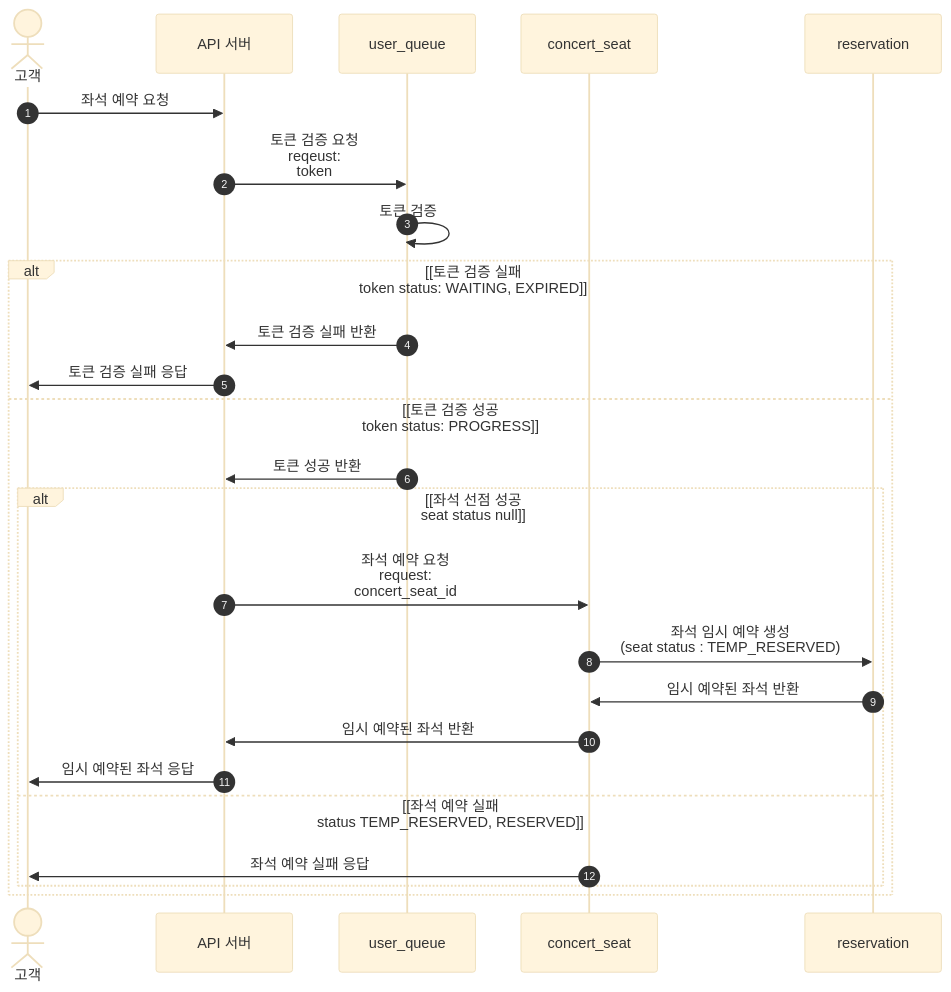
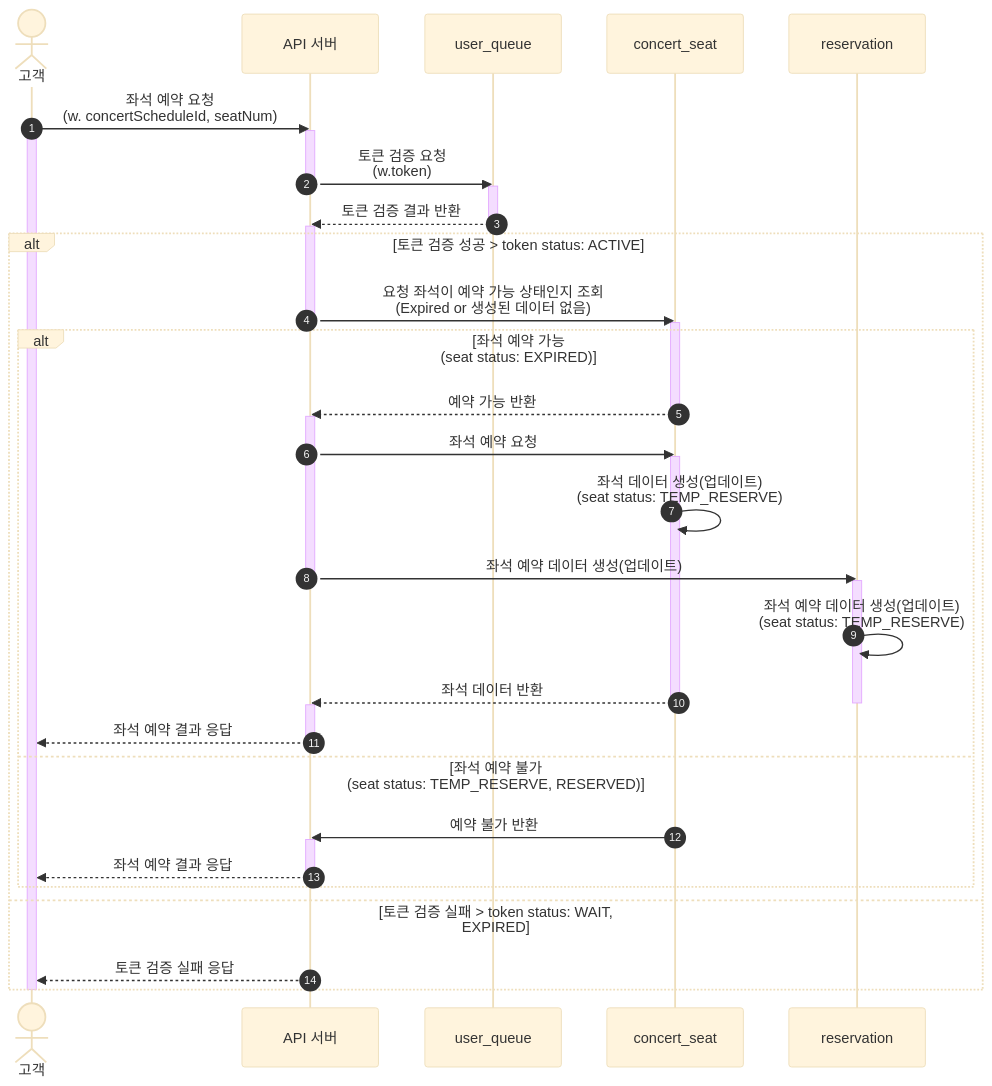
One commit to hwivelop/concert-reservation changed the sixth of 9 diagrams in docs/SEQUENCE.md. Above: the diagram before and after it, drawn with Mermaid (base theme). The commit also changed other lines of this file and 3 other files, not shown here.

````diff
--- a/docs/SEQUENCE.md
+++ b/docs/SEQUENCE.md
@@ -96,31 +205,51 @@
 ```mermaid
 sequenceDiagram
     autonumber
 %%  선언부
     actor member as 고객
     participant api as API 서버
     participant queue as user_queue
     participant concert as concert_seat
     participant reservation as reservation
-    member ->> api: 좌석 예약 요청
-    api ->> queue: 토큰 검증 요청<br>reqeust:<br>token
-    queue ->> queue: 토큰 검증
+    member ->> api: 좌석 예약 요청<br>(w. concertScheduleId, seatNum)
+    activate member
+    activate api
+    api ->> queue: 토큰 검증 요청<br>(w.token)
+    deactivate api
+    activate queue
+    queue -->> api: 토큰 검증 결과 반환
+    deactivate queue
+    activate api
 
-    alt [토큰 검증 실패<br> token status: WAITING, EXPIRED]
-        queue ->> api: 토큰 검증 실패 반환
-        api ->> member: 토큰 검증 실패 응답
-
-    else [토큰 검증 성공<br> token status: PROGRESS]
-        queue ->> api: 토큰 성공 반환
-        alt [좌석 선점 성공<br>seat status null]
-%%        좌석조회
-            api ->> concert: 좌석 예약 요청<br>request:<br> concert_seat_id
-            concert ->> reservation: 좌석 임시 예약 생성<br>(seat status : TEMP_RESERVED)
-            reservation ->> concert: 임시 예약된 좌석 반환
-            concert ->> api: 임시 예약된 좌석 반환
-            api ->> member: 임시 예약된 좌석 응답
-        else [좌석 예약 실패<br>status TEMP_RESERVED, RESERVED]
-            concert ->> member: 좌석 예약 실패 응답
+    alt 토큰 검증 성공 > token status: ACTIVE
+        api ->> concert: 요청 좌석이 예약 가능 상태인지 조회 <br> (Expired or 생성된 데이터 없음)
+        deactivate api
+        activate concert
+        alt 좌석 예약 가능<br>(seat status: EXPIRED)
+            concert -->> api: 예약 가능 반환
+            deactivate concert
+            activate api
+            api ->> concert: 좌석 예약 요청
+            activate concert
+            concert ->> concert: 좌석 데이터 생성(업데이트)<br>(seat status: TEMP_RESERVE)
+            api ->> reservation: 좌석 예약 데이터 생성(업데이트)
+            deactivate api
+            activate reservation
+            reservation ->> reservation: 좌석 예약 데이터 생성(업데이트)<br>(seat status: TEMP_RESERVE)
+            concert -->> api: 좌석 데이터 반환
+            deactivate reservation
+            deactivate concert
+            activate api
+            api -->> member: 좌석 예약 결과 응답
+            deactivate api
+        else 좌석 예약 불가<br>(seat status: TEMP_RESERVE, RESERVED)
+            concert ->> api: 예약 불가 반환
+            activate api
+            api -->> member: 좌석 예약 결과 응답
+            deactivate api
         end
+    else 토큰 검증 실패 > token status: WAIT, EXPIRED
+        api -->> member: 토큰 검증 실패 응답
     end
+    deactivate member
 ```
````
